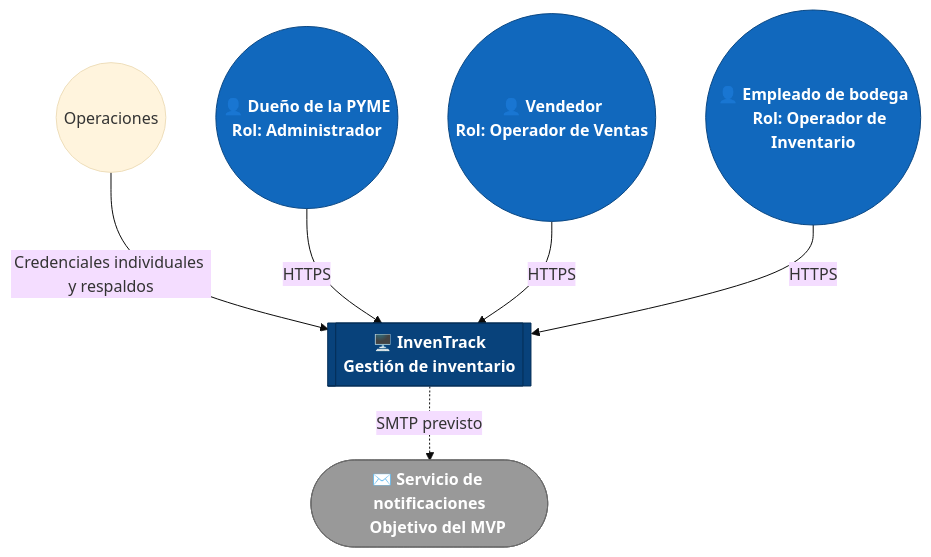
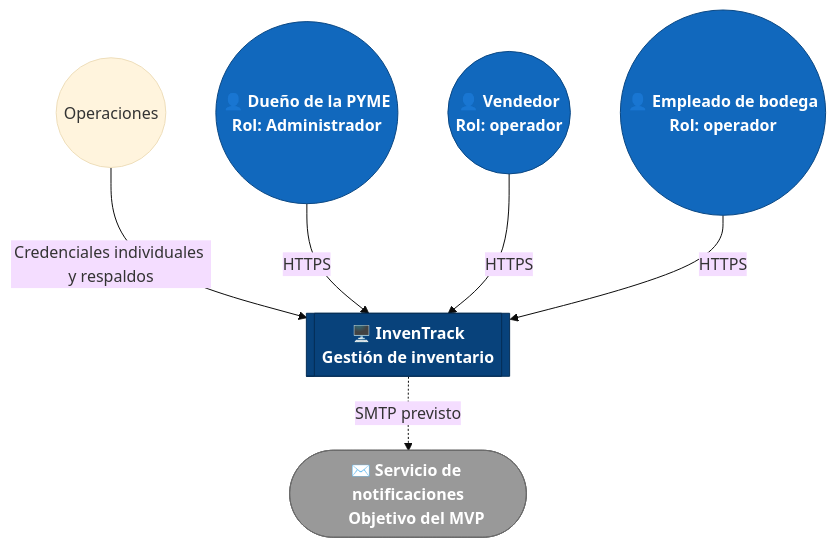
Before and after one commit to ISCOUTB/AS_202620_InvenTrack: the diagram in docs/c4/context.md, drawn with Mermaid (base theme). The commit also changed other lines of this file and 28 other files, not shown here.

````diff
--- a/docs/c4/context.md
+++ b/docs/c4/context.md
@@ -16,27 +16,27 @@
 ```mermaid
 flowchart TB
     Dueno(("👤 Dueño de la PYME
     Rol: Administrador"))
     Vendedor(("👤 Vendedor
-    Rol: Operador de Ventas"))
+    Rol: operador"))
     Empleado(("👤 Empleado de bodega
-    Rol: Operador de Inventario"))
+    Rol: operador"))
     InvenTrack[["🖥️ InvenTrack
     Gestión de inventario"]]
     Notif(["✉️ Servicio de notificaciones
     Objetivo del MVP"])
 
     Operaciones((Operaciones)) -->|Credenciales individuales y respaldos| InvenTrack
     Dueno -- HTTPS --> InvenTrack
     Vendedor -- HTTPS --> InvenTrack
     Empleado -- HTTPS --> InvenTrack
     InvenTrack -. SMTP previsto .-> Notif
 
     classDef person fill:#1168bd,stroke:#0b4884,color:#ffffff,font-weight:bold
     classDef system fill:#08427b,stroke:#052e56,color:#ffffff,font-weight:bold
     classDef external fill:#999999,stroke:#6b6b6b,color:#ffffff,font-weight:bold
 
     class Dueno,Vendedor,Empleado person
     class InvenTrack system
     class Notif external
 ```
````
